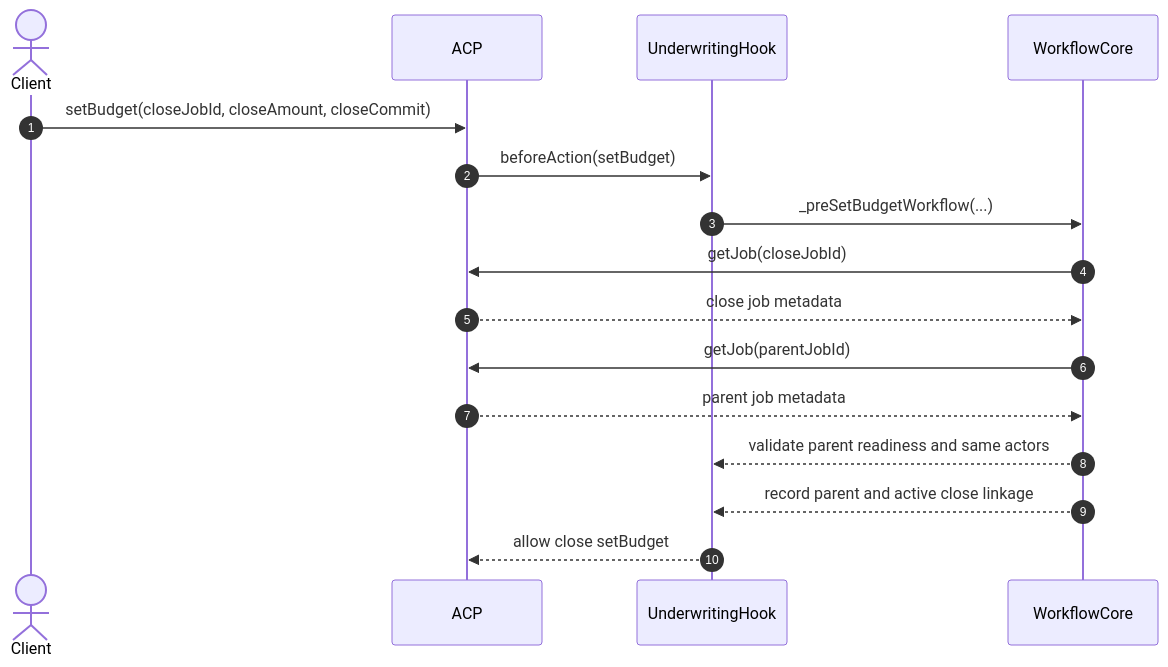
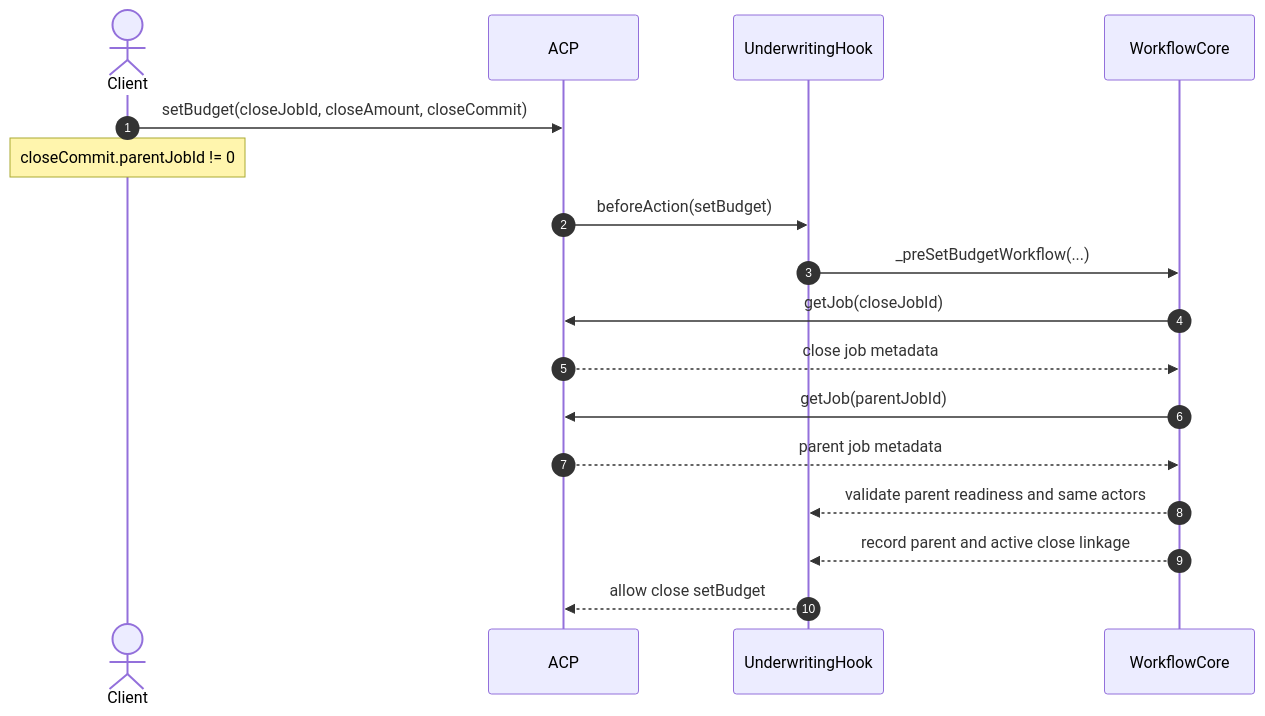
One commit to tsubasakong/hook-contracts changed the sixth of 8 diagrams in docs/underwriting-hook-acp-core-sequence.md. Above: the diagram before and after it, drawn with Mermaid. The commit also changed other lines of this file and 1 other file, not shown here.

First line of the commit message:
docs: clarify how setBudget commit payload discriminates job types

````diff
--- a/docs/underwriting-hook-acp-core-sequence.md
+++ b/docs/underwriting-hook-acp-core-sequence.md
@@ -153,19 +192,20 @@
 ```mermaid
 sequenceDiagram
     autonumber
     actor Client
     participant ACP as ACP
     participant Hook as UnderwritingHook
     participant Flow as WorkflowCore
 
     Client->>ACP: setBudget(closeJobId, closeAmount, closeCommit)
+    Note over Client: closeCommit.parentJobId != 0
     ACP->>Hook: beforeAction(setBudget)
     Hook->>Flow: _preSetBudgetWorkflow(...)
     Flow->>ACP: getJob(closeJobId)
     ACP-->>Flow: close job metadata
     Flow->>ACP: getJob(parentJobId)
     ACP-->>Flow: parent job metadata
     Flow-->>Hook: validate parent readiness and same actors
     Flow-->>Hook: record parent and active close linkage
     Hook-->>ACP: allow close setBudget
 ```
````
